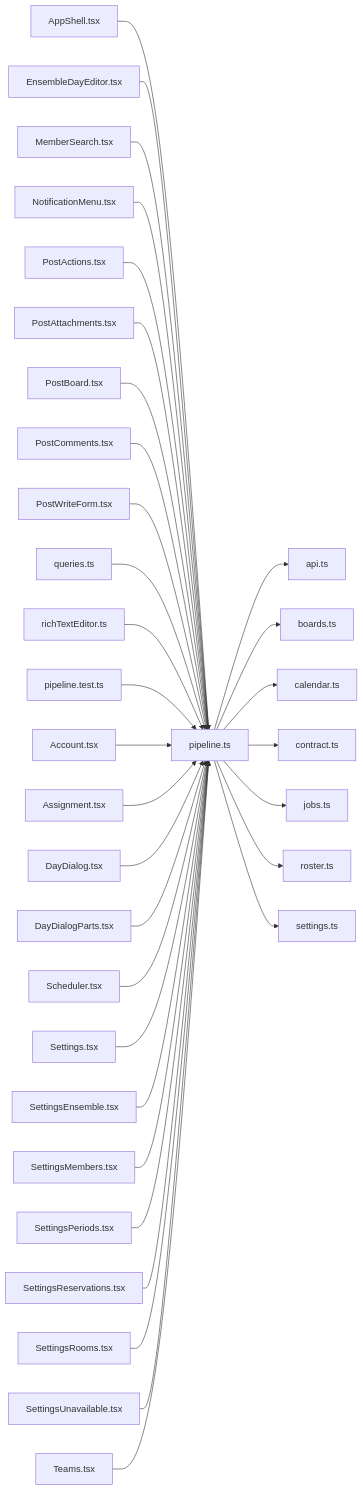
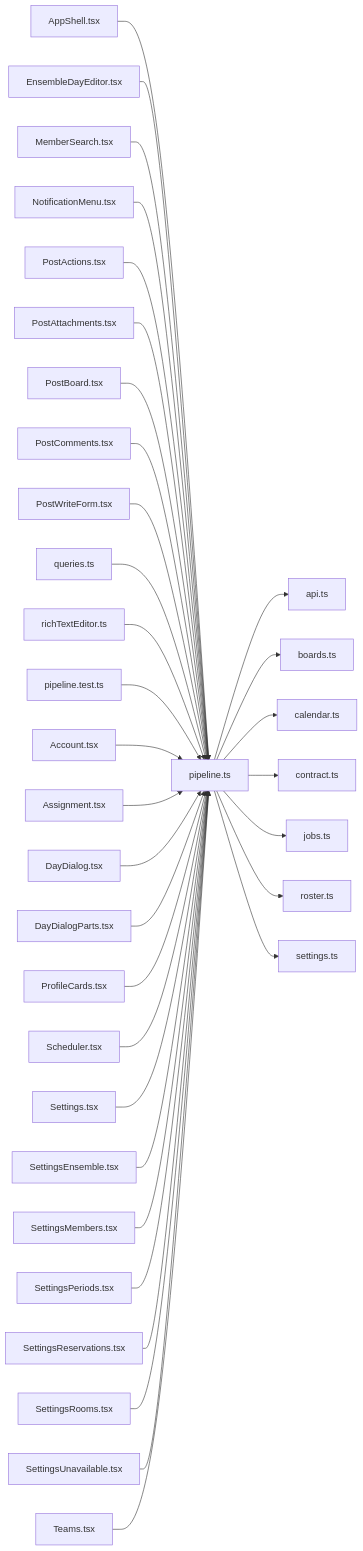
Before and after one commit to minkong-dev/Banblit: the diagram in .cluedoc/graph/frontend/src/lib/pipeline.md, drawn with Mermaid. The commit also changed other lines of this file and 15 other files, not shown here.

First line of the commit message:
frontend: move route duties into hooks and server calls into lib/pipeline

````diff
--- a/.cluedoc/graph/frontend/src/lib/pipeline.md
+++ b/.cluedoc/graph/frontend/src/lib/pipeline.md
@@ -10,36 +10,37 @@
 ```mermaid
 flowchart LR
   frontend_src_lib_pipeline["pipeline.ts"]
   frontend_src_lib_pipeline --> frontend_src_lib_api["api.ts"]
   frontend_src_lib_pipeline --> frontend_src_lib_boards["boards.ts"]
   frontend_src_lib_pipeline --> frontend_src_lib_calendar["calendar.ts"]
   frontend_src_lib_pipeline --> frontend_src_lib_contract["contract.ts"]
   frontend_src_lib_pipeline --> frontend_src_lib_jobs["jobs.ts"]
   frontend_src_lib_pipeline --> frontend_src_lib_roster["roster.ts"]
   frontend_src_lib_pipeline --> frontend_src_lib_settings["settings.ts"]
   frontend_src_components_AppShell["AppShell.tsx"] --> frontend_src_lib_pipeline
   frontend_src_components_EnsembleDayEditor["EnsembleDayEditor.tsx"] --> frontend_src_lib_pipeline
   frontend_src_components_MemberSearch["MemberSearch.tsx"] --> frontend_src_lib_pipeline
   frontend_src_components_NotificationMenu["NotificationMenu.tsx"] --> frontend_src_lib_pipeline
   frontend_src_components_PostActions["PostActions.tsx"] --> frontend_src_lib_pipeline
   frontend_src_components_PostAttachments["PostAttachments.tsx"] --> frontend_src_lib_pipeline
   frontend_src_components_PostBoard["PostBoard.tsx"] --> frontend_src_lib_pipeline
   frontend_src_components_PostComments["PostComments.tsx"] --> frontend_src_lib_pipeline
   frontend_src_components_PostWriteForm["PostWriteForm.tsx"] --> frontend_src_lib_pipeline
   frontend_src_components_queries["queries.ts"] --> frontend_src_lib_pipeline
   frontend_src_components_richTextEditor["richTextEditor.ts"] --> frontend_src_lib_pipeline
   frontend_src_lib_pipeline_test["pipeline.test.ts"] --> frontend_src_lib_pipeline
   frontend_src_routes_Account["Account.tsx"] --> frontend_src_lib_pipeline
   frontend_src_routes_Assignment["Assignment.tsx"] --> frontend_src_lib_pipeline
   frontend_src_routes_DayDialog["DayDialog.tsx"] --> frontend_src_lib_pipeline
   frontend_src_routes_DayDialogParts["DayDialogParts.tsx"] --> frontend_src_lib_pipeline
+  frontend_src_routes_ProfileCards["ProfileCards.tsx"] --> frontend_src_lib_pipeline
   frontend_src_routes_Scheduler["Scheduler.tsx"] --> frontend_src_lib_pipeline
   frontend_src_routes_Settings["Settings.tsx"] --> frontend_src_lib_pipeline
   frontend_src_routes_SettingsEnsemble["SettingsEnsemble.tsx"] --> frontend_src_lib_pipeline
   frontend_src_routes_SettingsMembers["SettingsMembers.tsx"] --> frontend_src_lib_pipeline
   frontend_src_routes_SettingsPeriods["SettingsPeriods.tsx"] --> frontend_src_lib_pipeline
   frontend_src_routes_SettingsReservations["SettingsReservations.tsx"] --> frontend_src_lib_pipeline
   frontend_src_routes_SettingsRooms["SettingsRooms.tsx"] --> frontend_src_lib_pipeline
   frontend_src_routes_SettingsUnavailable["SettingsUnavailable.tsx"] --> frontend_src_lib_pipeline
   frontend_src_routes_Teams["Teams.tsx"] --> frontend_src_lib_pipeline
 ```
````
